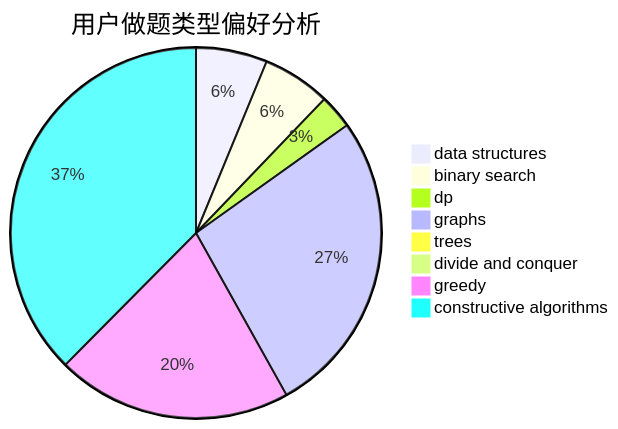
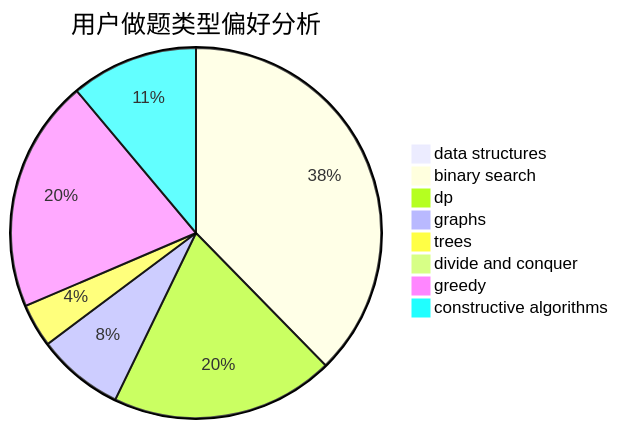
The second of 3 diagrams in docs/user/u971.md (sherpahu/cfrs.github.io), drawn with Mermaid before and after one commit. The commit also changed other lines of this file and 2770 other files, not shown here.

````diff
--- a/docs/user/u971.md
+++ b/docs/user/u971.md
@@ -23,11 +23,11 @@
 ```mermaid
 pie title 用户做题类型偏好分析
-    "data structures" :  23
-    "binary search" :  22
-    "dp" :  11
-    "graphs" :  99
-    "trees" :  2
+    "data structures" :  0
+    "binary search" :  139
+    "dp" :  72
+    "graphs" :  28
+    "trees" :  14
     "divide and conquer" :  0
-    "greedy" :  76
-    "constructive algorithms" :  139
+    "greedy" :  75
+    "constructive algorithms" :  41
 ```
````
